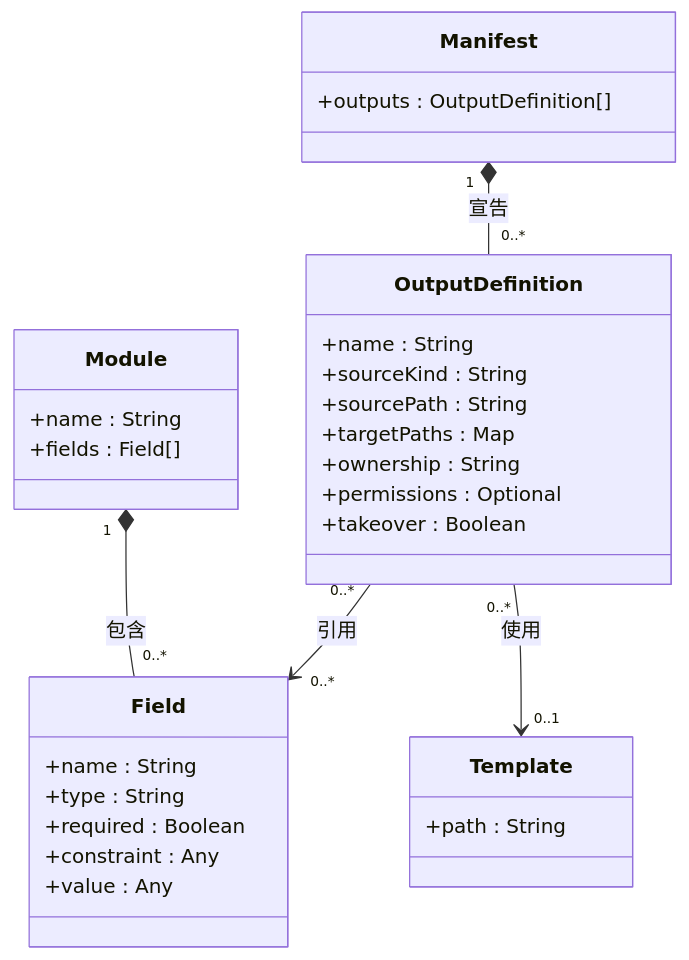
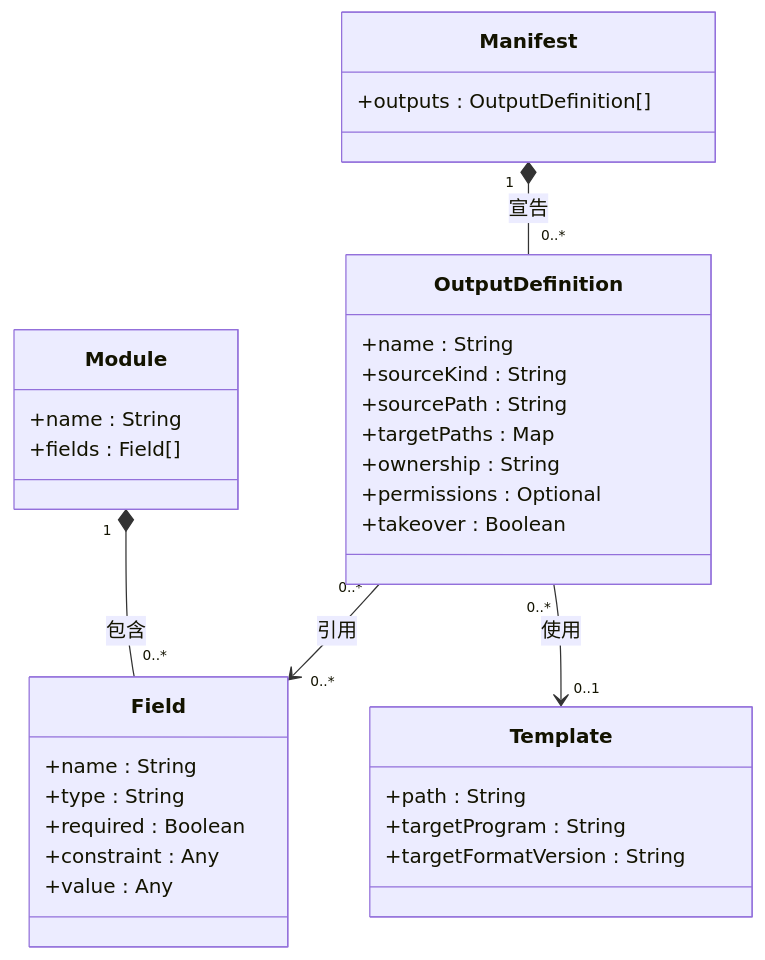
One commit to accidental-two-timer-sam-woof/rosamta-waterfall changed the first of 10 diagrams in docs/03-preliminary-design/uml.md. Above: the diagram before and after it, drawn with Mermaid. The commit also changed other lines of this file, not shown here.

Commit message:
docs: fix UML consistency with SRS

````diff
--- a/docs/03-preliminary-design/uml.md
+++ b/docs/03-preliminary-design/uml.md
@@ -22,34 +5,36 @@
 ```mermaid
 classDiagram
     direction TB
     class Manifest {
         +outputs : OutputDefinition[]
     }
     class OutputDefinition {
         +name : String
         +sourceKind : String
         +sourcePath : String
         +targetPaths : Map
         +ownership : String
         +permissions : Optional
         +takeover : Boolean
     }
     class Module {
         +name : String
         +fields : Field[]
     }
     class Field {
         +name : String
         +type : String
         +required : Boolean
         +constraint : Any
         +value : Any
     }
     class Template {
         +path : String
+        +targetProgram : String
+        +targetFormatVersion : String
     }
     Manifest "1" *-- "0..*" OutputDefinition : 宣告
     Module "1" *-- "0..*" Field : 包含
     OutputDefinition "0..*" --> "0..*" Field : 引用
     OutputDefinition "0..*" --> "0..1" Template : 使用
 ```
````
